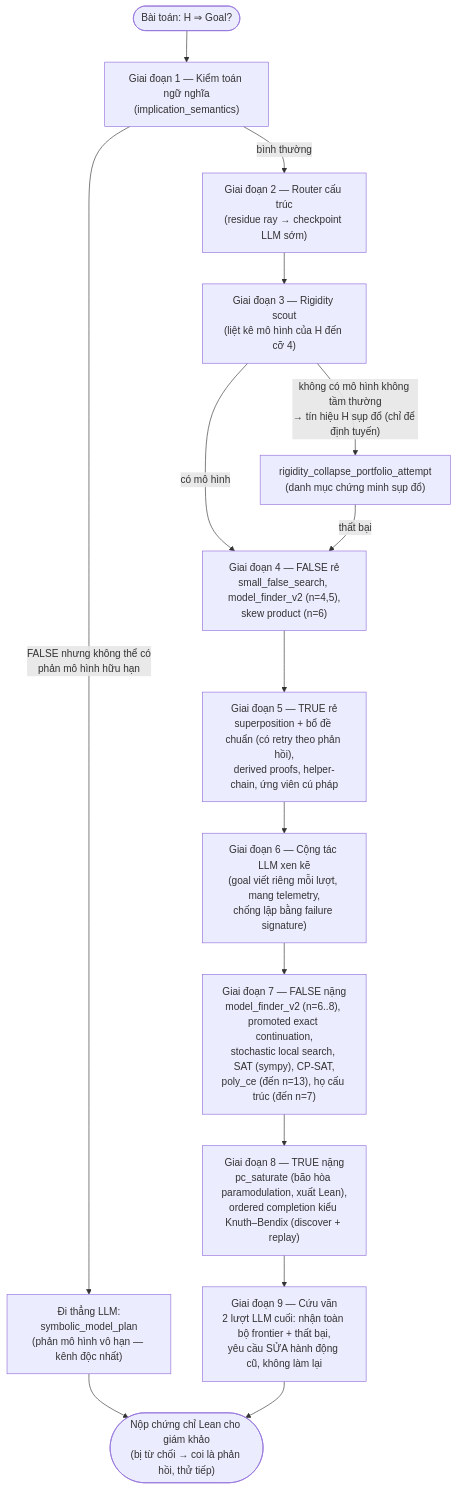
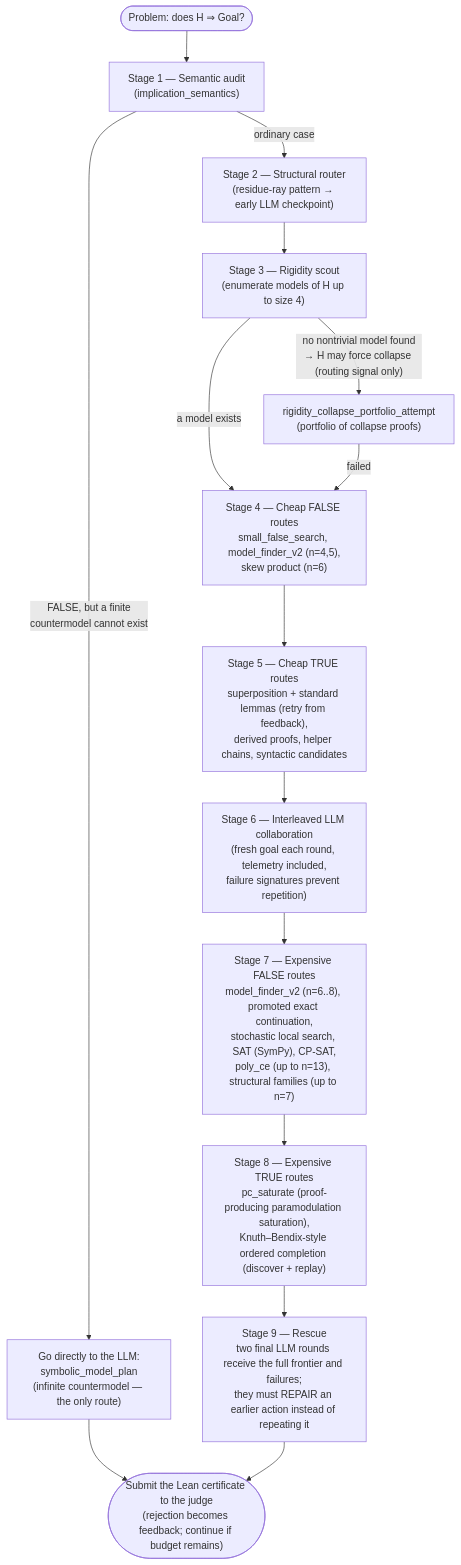
One commit to IamKrill1n/MagmaBallz changed the second of 2 diagrams in SOLVER_STRATEGY_DIAGRAM.md. Above: the diagram before and after it, drawn with Mermaid. The commit also changed other lines of this file, not shown here.

Commit message:
translate diagram

````diff
--- a/SOLVER_STRATEGY_DIAGRAM.md
+++ b/SOLVER_STRATEGY_DIAGRAM.md
@@ -46,30 +94,30 @@
 ```mermaid
 flowchart TD
-    START(["Bài toán: H ⇒ Goal?"]) --> S1
+    START(["Problem: does H ⇒ Goal?"]) --> S1
 
-    S1["Giai đoạn 1 — Kiểm toán ngữ nghĩa<br/>(implication_semantics)"]
-    S1 -- "FALSE nhưng không thể có<br/>phản mô hình hữu hạn" --> INF["Đi thẳng LLM:<br/>symbolic_model_plan<br/>(phản mô hình vô hạn — kênh độc nhất)"]
-    S1 -- "bình thường" --> S2
+    S1["Stage 1 — Semantic audit<br/>(implication_semantics)"]
+    S1 -- "FALSE, but a finite<br/>countermodel cannot exist" --> INF["Go directly to the LLM:<br/>symbolic_model_plan<br/>(infinite countermodel — the only route)"]
+    S1 -- "ordinary case" --> S2
 
-    S2["Giai đoạn 2 — Router cấu trúc<br/>(residue ray → checkpoint LLM sớm)"] --> S3
+    S2["Stage 2 — Structural router<br/>(residue-ray pattern → early LLM checkpoint)"] --> S3
 
-    S3["Giai đoạn 3 — Rigidity scout<br/>(liệt kê mô hình của H đến cỡ 4)"]
-    S3 -- "không có mô hình không tầm thường<br/>→ tín hiệu H sụp đổ (chỉ để định tuyến)" --> COLL["rigidity_collapse_portfolio_attempt<br/>(danh mục chứng minh sụp đổ)"]
-    S3 -- "có mô hình" --> S4
-    COLL -- "thất bại" --> S4
+    S3["Stage 3 — Rigidity scout<br/>(enumerate models of H up to size 4)"]
+    S3 -- "no nontrivial model found<br/>→ H may force collapse (routing signal only)" --> COLL["rigidity_collapse_portfolio_attempt<br/>(portfolio of collapse proofs)"]
+    S3 -- "a model exists" --> S4
+    COLL -- "failed" --> S4
 
-    S4["Giai đoạn 4 — FALSE rẻ<br/>small_false_search, model_finder_v2 (n=4,5),<br/>skew product (n=6)"] --> S5
+    S4["Stage 4 — Cheap FALSE routes<br/>small_false_search, model_finder_v2 (n=4,5),<br/>skew product (n=6)"] --> S5
 
-    S5["Giai đoạn 5 — TRUE rẻ<br/>superposition + bổ đề chuẩn (có retry theo phản hồi),<br/>derived proofs, helper-chain, ứng viên cú pháp"] --> S6
+    S5["Stage 5 — Cheap TRUE routes<br/>superposition + standard lemmas (retry from feedback),<br/>derived proofs, helper chains, syntactic candidates"] --> S6
 
-    S6["Giai đoạn 6 — Cộng tác LLM xen kẽ<br/>(goal viết riêng mỗi lượt, mang telemetry,<br/>chống lặp bằng failure signature)"] --> S7
+    S6["Stage 6 — Interleaved LLM collaboration<br/>(fresh goal each round, telemetry included,<br/>failure signatures prevent repetition)"] --> S7
 
-    S7["Giai đoạn 7 — FALSE nặng<br/>model_finder_v2 (n=6..8), promoted exact continuation,<br/>stochastic local search, SAT (sympy), CP-SAT,<br/>poly_ce (đến n=13), họ cấu trúc (đến n=7)"] --> S8
+    S7["Stage 7 — Expensive FALSE routes<br/>model_finder_v2 (n=6..8), promoted exact continuation,<br/>stochastic local search, SAT (SymPy), CP-SAT,<br/>poly_ce (up to n=13), structural families (up to n=7)"] --> S8
 
-    S8["Giai đoạn 8 — TRUE nặng<br/>pc_saturate (bão hòa paramodulation, xuất Lean),<br/>ordered completion kiểu Knuth–Bendix (discover + replay)"] --> S9
+    S8["Stage 8 — Expensive TRUE routes<br/>pc_saturate (proof-producing paramodulation saturation),<br/>Knuth–Bendix-style ordered completion (discover + replay)"] --> S9
 
-    S9["Giai đoạn 9 — Cứu vãn<br/>2 lượt LLM cuối: nhận toàn bộ frontier + thất bại,<br/>yêu cầu SỬA hành động cũ, không làm lại"]
+    S9["Stage 9 — Rescue<br/>two final LLM rounds receive the full frontier and failures;<br/>they must REPAIR an earlier action instead of repeating it"]
 
     INF --> SUBMIT
-    S9 --> SUBMIT(["Nộp chứng chỉ Lean cho giám khảo<br/>(bị từ chối → coi là phản hồi, thử tiếp)"])
+    S9 --> SUBMIT(["Submit the Lean certificate to the judge<br/>(rejection becomes feedback; continue if budget remains)"])
 ```
````
